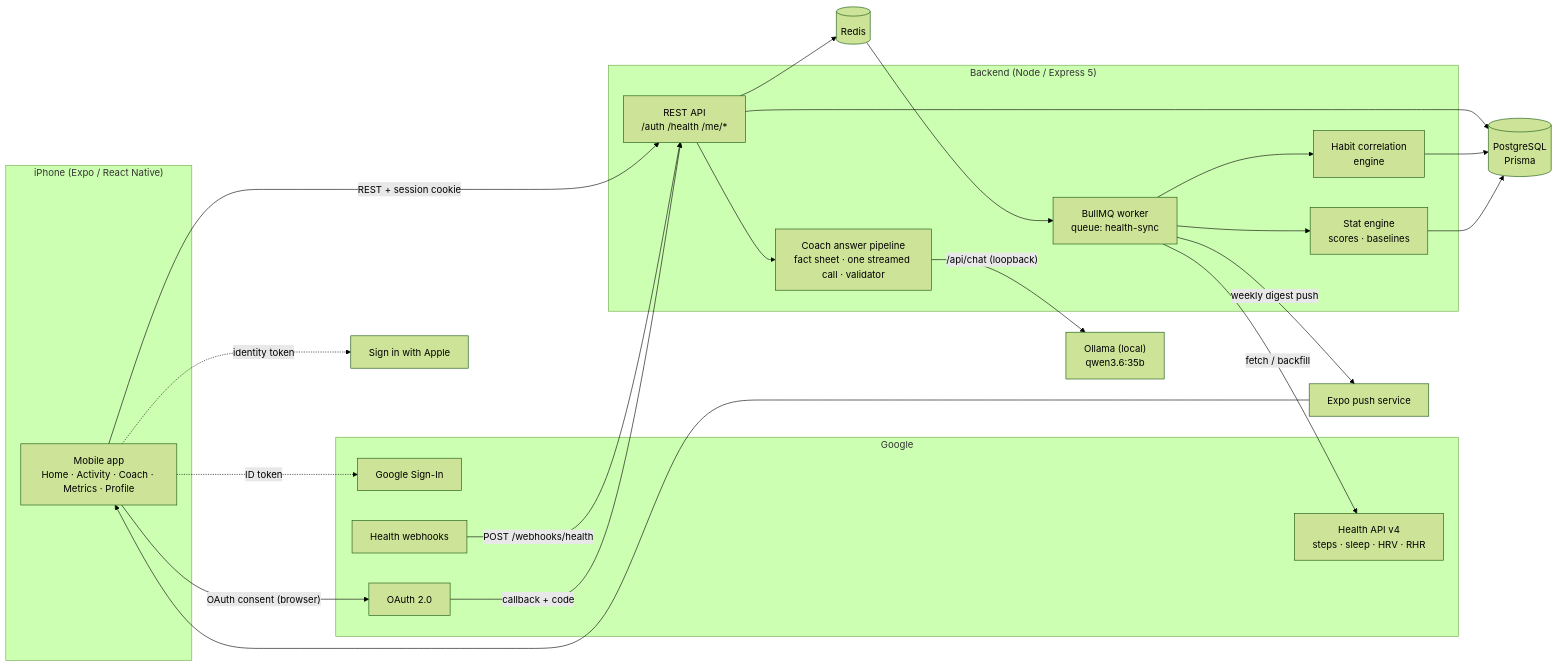
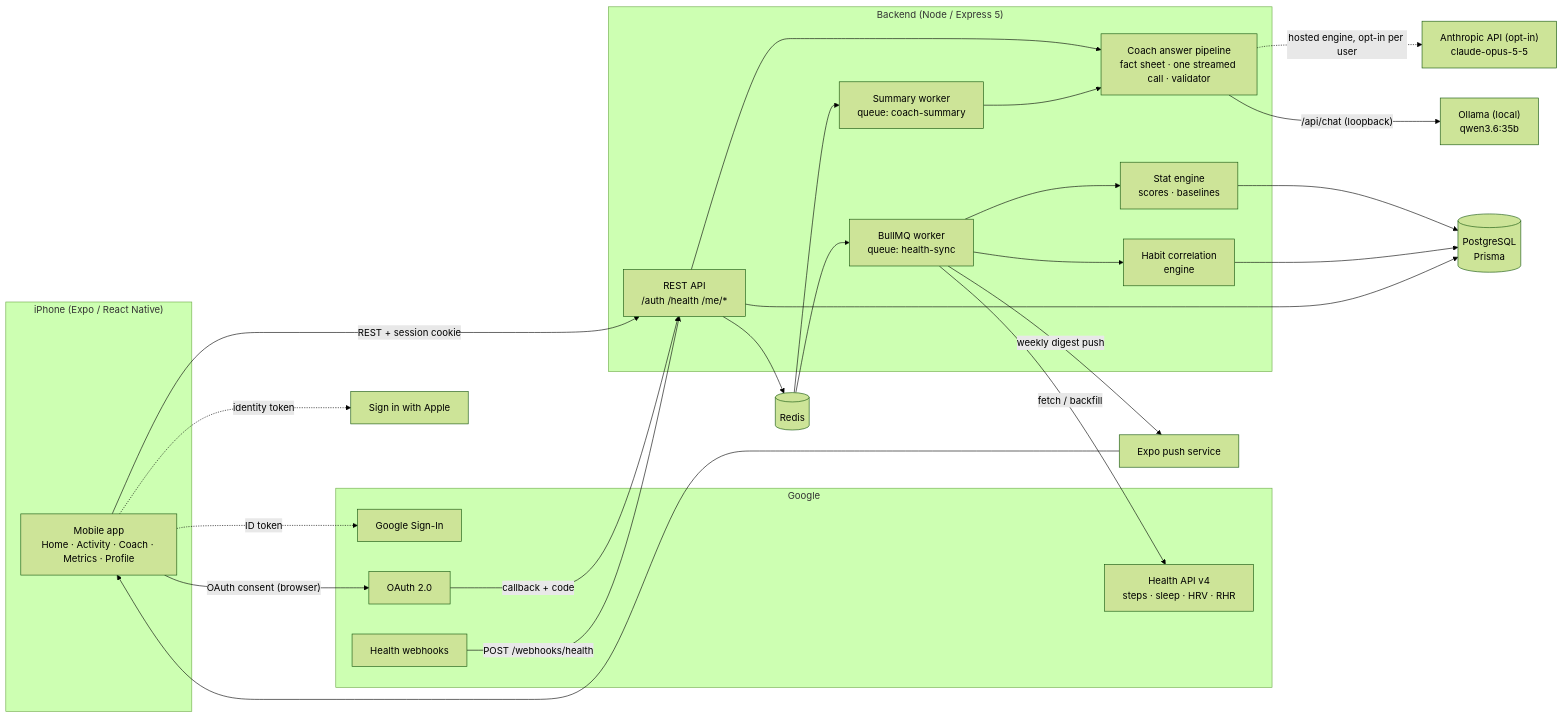
One commit to tusharcora/Biometrics changed the first of 2 diagrams in README.md. Above: the diagram before and after it, drawn with Mermaid (forest theme). The commit also changed other lines of this file and 3 other files, not shown here.

````diff
--- a/README.md
+++ b/README.md
@@ -69,43 +69,47 @@
 ```mermaid
 flowchart LR
   subgraph Device["iPhone (Expo / React Native)"]
     App["Mobile app<br/>Home · Activity · Coach · Metrics · Profile"]
   end
 
   subgraph Google["Google"]
     GSI["Google Sign-In"]
     GOA["OAuth 2.0"]
     GHA["Health API v4<br/>steps · sleep · HRV · RHR"]
     GWH["Health webhooks"]
   end
   Apple["Sign in with Apple"]
   Expo["Expo push service"]
 
   subgraph Server["Backend (Node / Express 5)"]
     API["REST API<br/>/auth /health /me/*"]
     W["BullMQ worker<br/>queue: health-sync"]
+    WS["Summary worker<br/>queue: coach-summary"]
     SE["Stat engine<br/>scores · baselines"]
     HC["Habit correlation<br/>engine"]
     CO["Coach answer pipeline<br/>fact sheet · one streamed call · validator"]
   end
 
   PG[("PostgreSQL<br/>Prisma")]
   RD[("Redis")]
   OL["Ollama (local)<br/>qwen3.6:35b"]
+  AN["Anthropic API (opt-in)<br/>claude-opus-5-5"]
 
   App -- "REST + session cookie" --> API
   App -. "ID token" .-> GSI
   App -. "identity token" .-> Apple
   App -- "OAuth consent (browser)" --> GOA
   GOA -- "callback + code" --> API
   GWH -- "POST /webhooks/health" --> API
   API --> RD
   RD --> W
   W -- "fetch / backfill" --> GHA
   W --> SE --> PG
   W --> HC --> PG
   API --> PG
   CO -- "/api/chat (loopback)" --> OL
+  CO -. "hosted engine, opt-in per user" .-> AN
   API --> CO
+  RD --> WS --> CO
   W -- "weekly digest push" --> Expo --> App
 ```
````
